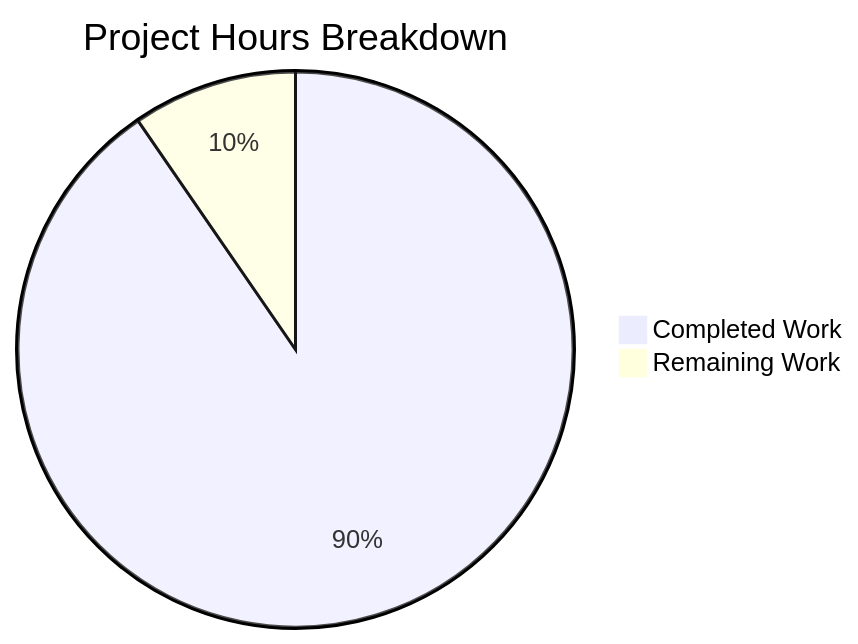
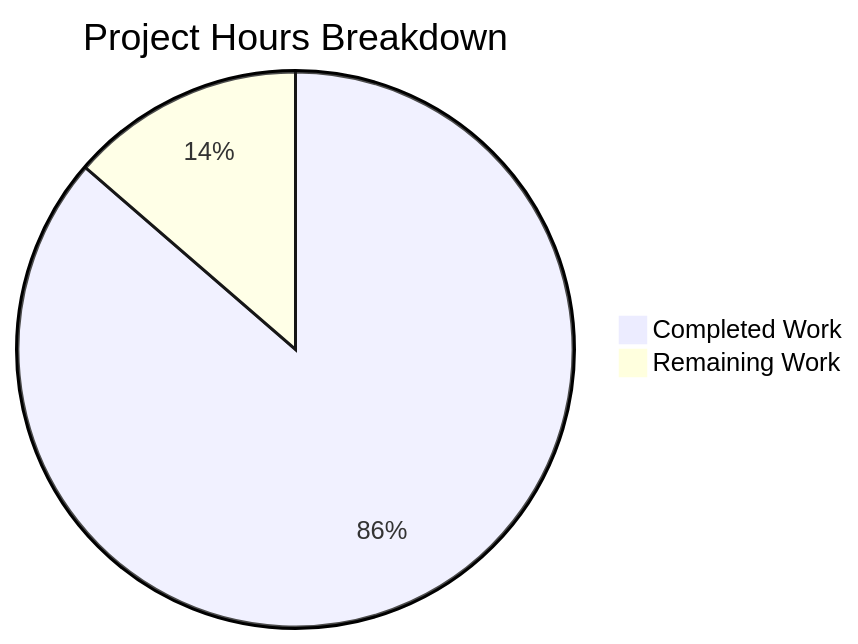
Before and after one commit to shaliniblitzy/6thaprilone: the second of 2 diagrams in blitzy/documentation/Project Guide.md, drawn with Mermaid. The commit also changed other lines of this file, not shown here.

Commit message:
Adding Blitzy Project Guide: Project Status and Human Tasks Remaining

````diff
--- a/blitzy/documentation/Project Guide.md
+++ b/blitzy/documentation/Project Guide.md
@@ -190,5 +209,5 @@
 ```mermaid
 pie title Project Hours Breakdown
-    "Completed Work" : 89.5
-    "Remaining Work" : 9.5
+    "Completed Work" : 76
+    "Remaining Work" : 12
 ```
````
